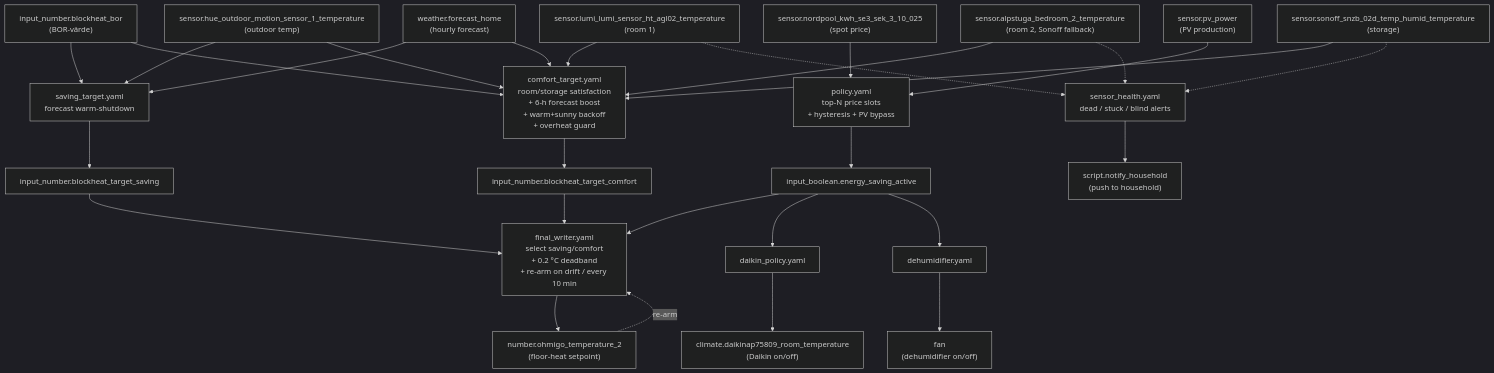
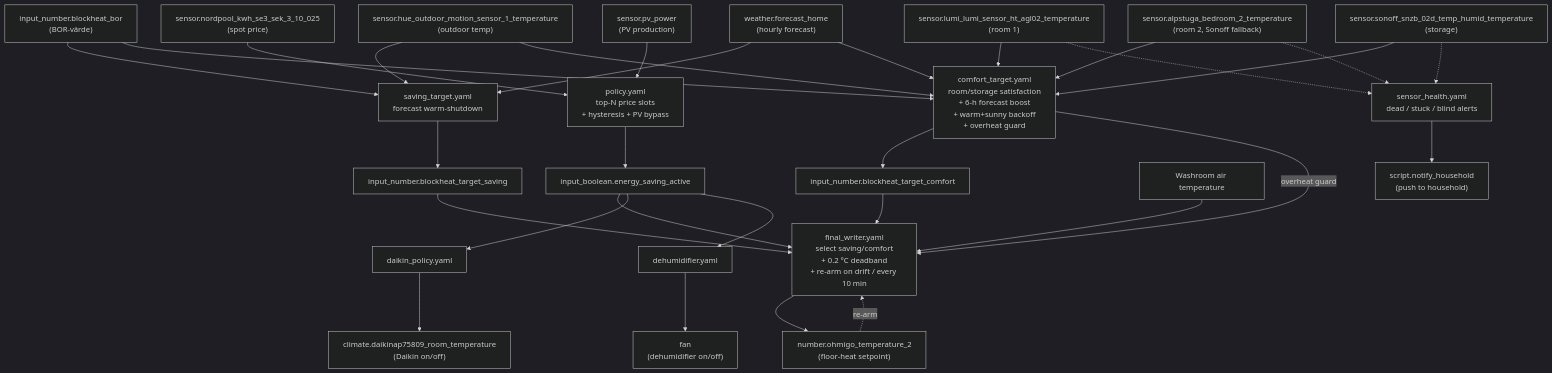
One commit to ohlsont/home-assistant-blueprints changed the diagram in automations/README.md. Above: the diagram before and after it, drawn with Mermaid (dark theme). The commit also changed other lines of this file and 3 other files, not shown here.

Commit message:
feat(blockheat): maintain a minimum washroom temperature (#57)

````diff
--- a/automations/README.md
+++ b/automations/README.md
@@ -16,48 +22,50 @@
 ```mermaid
 flowchart TD
     nordpool["sensor.nordpool_kwh_se3_sek_3_10_025\n(spot price)"]
     pv["sensor.pv_power\n(PV production)"]
     outdoor["sensor.hue_outdoor_motion_sensor_1_temperature\n(outdoor temp)"]
     room1["sensor.lumi_lumi_sensor_ht_agl02_temperature\n(room 1)"]
     room2["sensor.alpstuga_bedroom_2_temperature\n(room 2, Sonoff fallback)"]
     storage["sensor.sonoff_snzb_02d_temp_humid_temperature\n(storage)"]
     forecast["weather.forecast_home\n(hourly forecast)"]
 
     nordpool --> policy
     pv --> policy
     policy["policy.yaml\ntop-N price slots\n+ hysteresis + PV bypass"]
 
     policy --> flag["input_boolean.energy_saving_active"]
 
     bor["input_number.blockheat_bor\n(BOR-värde)"]
 
     bor --> saving_target
     outdoor --> saving_target["saving_target.yaml\nforecast warm-shutdown"]
     forecast --> saving_target
     saving_target --> ib_saving["input_number.blockheat_target_saving"]
 
     bor --> comfort_target
     outdoor --> comfort_target["comfort_target.yaml\nroom/storage satisfaction\n+ 6-h forecast boost\n+ warm+sunny backoff\n+ overheat guard"]
     room1 --> comfort_target
     room2 --> comfort_target
     storage --> comfort_target
     forecast --> comfort_target
     comfort_target --> ib_comfort["input_number.blockheat_target_comfort"]
 
     flag --> final_writer["final_writer.yaml\nselect saving/comfort\n+ 0.2 °C deadband\n+ re-arm on drift / every 10 min"]
     ib_saving --> final_writer
     ib_comfort --> final_writer
+    washroom["Washroom air temperature"] --> final_writer
+    comfort_target -->|overheat guard| final_writer
     final_writer --> ohmigo["number.ohmigo_temperature_2\n(floor-heat setpoint)"]
     ohmigo -.re-arm.-> final_writer
 
     flag --> daikin_policy["daikin_policy.yaml"]
     daikin_policy --> daikin["climate.daikinap75809_room_temperature\n(Daikin on/off)"]
 
     flag --> dehumidifier["dehumidifier.yaml"]
     dehumidifier --> fan["fan\n(dehumidifier on/off)"]
 
     room1 -.-> sensor_health["sensor_health.yaml\ndead / stuck / blind alerts"]
     room2 -.-> sensor_health
     storage -.-> sensor_health
     sensor_health --> notify["script.notify_household\n(push to household)"]
 ```
````
